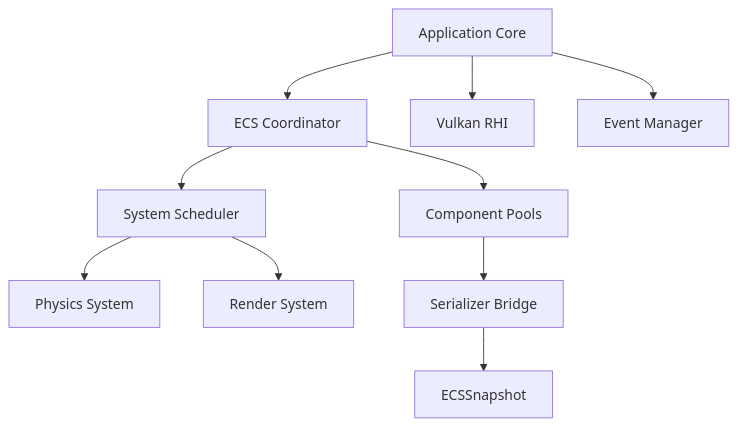
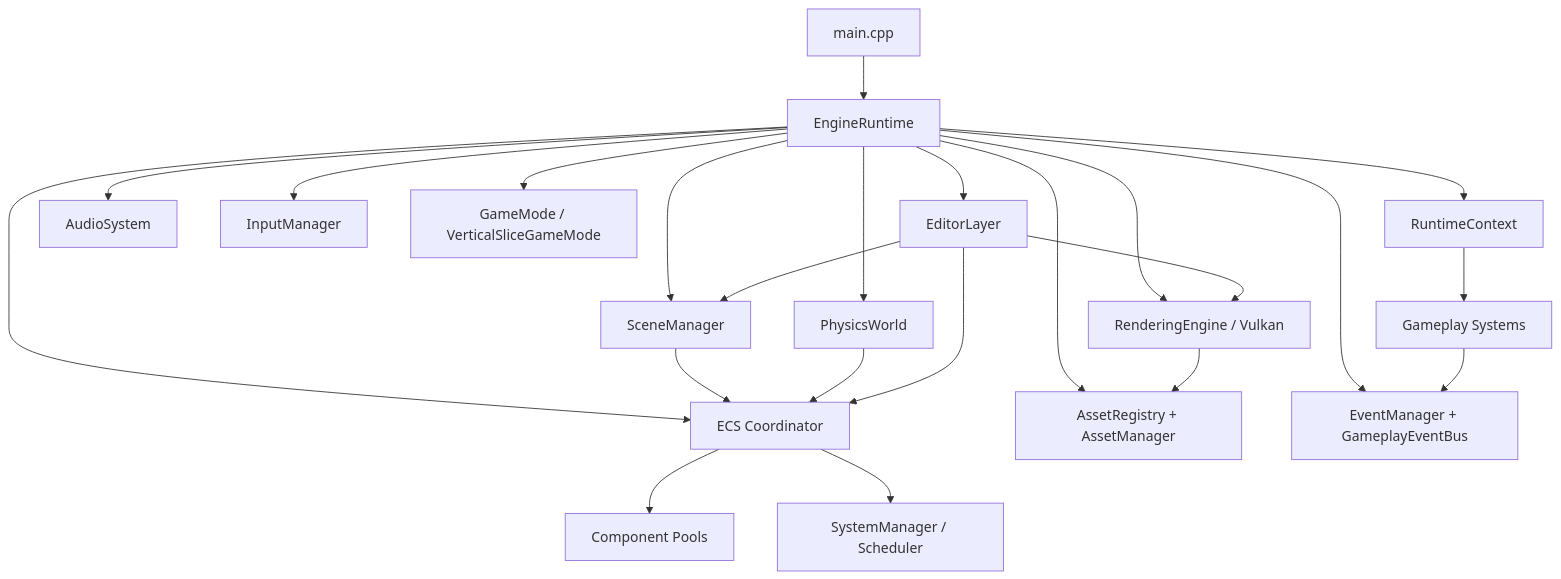
One commit to na124441/OmnixEngine changed the diagram in README.md. Above: the diagram before and after it, drawn with Mermaid. The commit also changed other lines of this file, not shown here.

````diff
--- a/README.md
+++ b/README.md
@@ -30,12 +92,26 @@
 ```mermaid
 graph TD
-    App[Application Core] --> ECS[ECS Coordinator]
-    App --> RHI[Vulkan RHI]
-    App --> Event[Event Manager]
-    ECS --> Sys[System Scheduler]
-    ECS --> Data[Component Pools]
-    Sys --> Phys[Physics System]
-    Sys --> Rend[Render System]
-    Data --> Serial[Serializer Bridge]
-    Serial --> Snap[ECSSnapshot]
+    Main[main.cpp] --> Runtime[EngineRuntime]
+    Runtime --> Context[RuntimeContext]
+    Runtime --> ECS[ECS Coordinator]
+    Runtime --> Scene[SceneManager]
+    Runtime --> Physics[PhysicsWorld]
+    Runtime --> Render[RenderingEngine / Vulkan]
+    Runtime --> Assets[AssetRegistry + AssetManager]
+    Runtime --> Audio[AudioSystem]
+    Runtime --> Input[InputManager]
+    Runtime --> Events[EventManager + GameplayEventBus]
+    Runtime --> GameMode[GameMode / VerticalSliceGameMode]
+    Runtime --> Editor[EditorLayer]
+
+    Context --> GameSystems[Gameplay Systems]
+    ECS --> Components[Component Pools]
+    ECS --> Systems[SystemManager / Scheduler]
+    Scene --> ECS
+    Physics --> ECS
+    Render --> Assets
+    GameSystems --> Events
+    Editor --> Scene
+    Editor --> ECS
+    Editor --> Render
 ```
````
